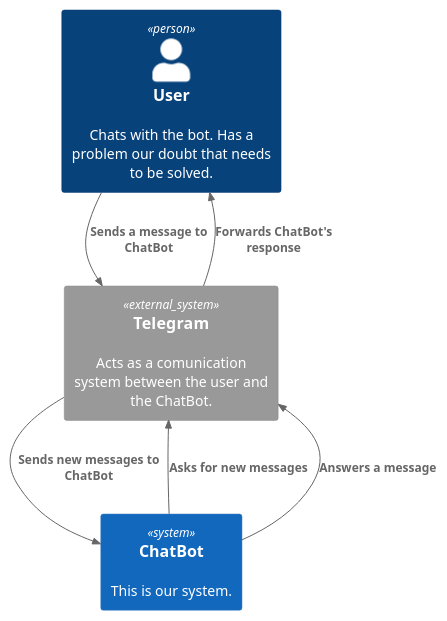
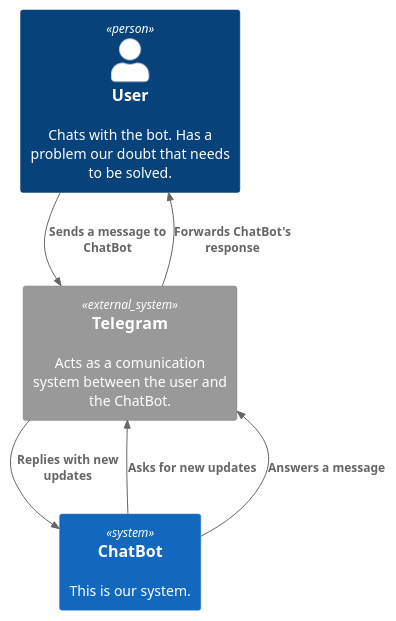
Before and after one commit to TsolidarioFG/2024-Ecos-do-Sur: the diagram in doc/context.pu, drawn with PlantUML. The commit also changed 7 other files, not shown here.

```diff
--- a/doc/context.pu
+++ b/doc/context.pu
@@ -1,17 +1,17 @@
 @startuml Context
 !include <C4/C4_Container>
 
 
 Person(aliasUser, "User", "Chats with the bot. Has a problem our doubt that needs to be solved.")
 System_Ext(Telegram, "Telegram", "Acts as a comunication system between the user and the ChatBot.")
 System(Chatbot, "ChatBot", "This is our system.")
 
 Rel(aliasUser, Telegram, "Sends a message to ChatBot")
 
-Rel(Chatbot, Telegram, "Asks for new messages")
-Rel(Telegram, Chatbot, "Sends new messages to ChatBot")
+Rel(Chatbot, Telegram, "Asks for new updates")
+Rel(Telegram, Chatbot, "Replies with new updates")
 Rel(Telegram, aliasUser, "Forwards ChatBot's response")
 Rel(Chatbot, Telegram, "Answers a message")
 
 
 @enduml
```
